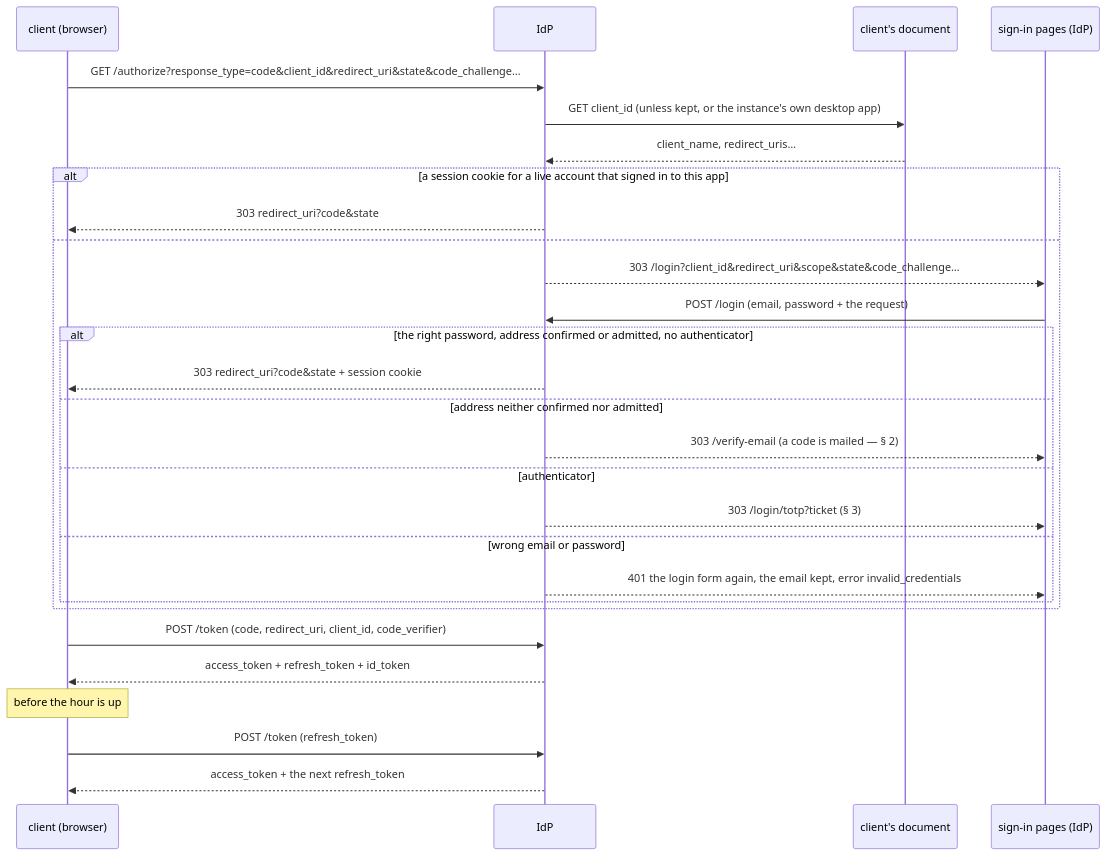
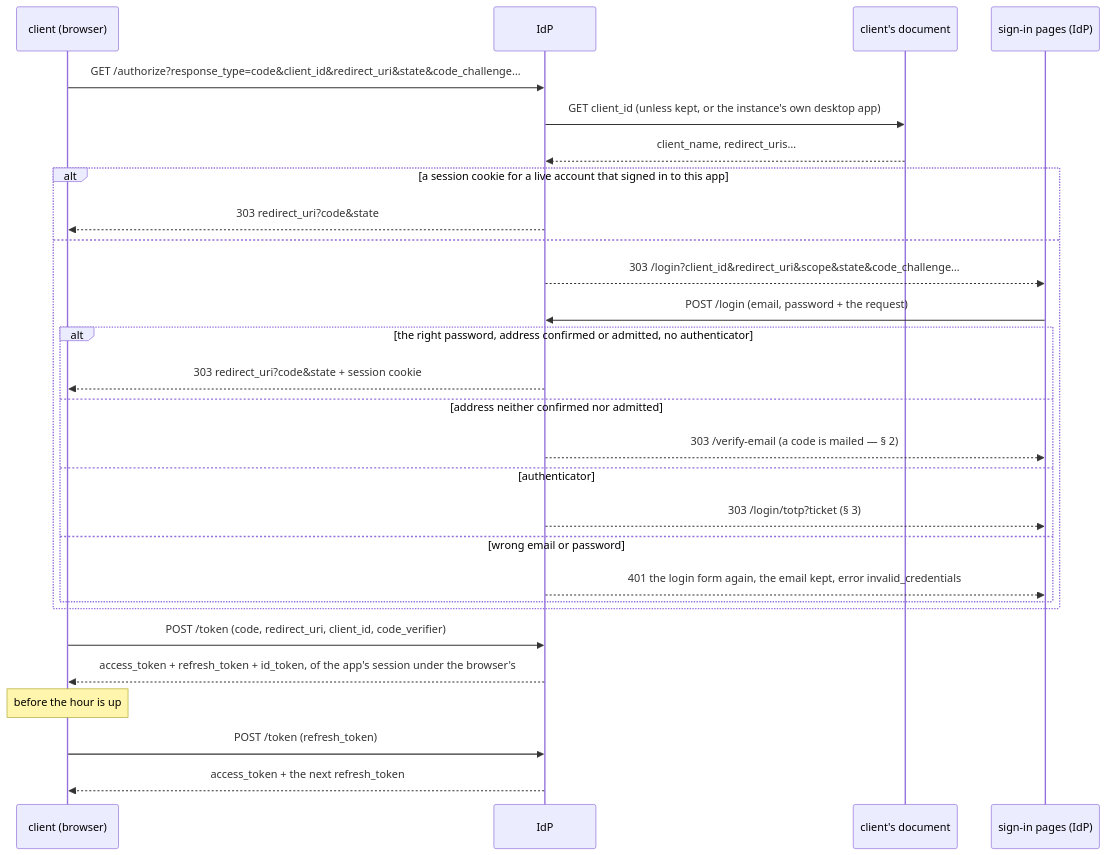
One commit to Pina-i/pinai changed the first of 16 diagrams in identity-provider/specs/auth.md. Above: the diagram before and after it, drawn with Mermaid. The commit also changed other lines of this file and 134 other files, not shown here.

````diff
--- a/identity-provider/specs/auth.md
+++ b/identity-provider/specs/auth.md
@@ -11,31 +11,31 @@
 ```mermaid
 sequenceDiagram
     participant C as client (browser)
     participant I as IdP
     participant D as client's document
     participant P as sign-in pages (IdP)
 
     C->>I: GET /authorize?response_type=code&client_id&redirect_uri&state&code_challenge…
     I->>D: GET client_id (unless kept, or the instance's own desktop app)
     D-->>I: client_name, redirect_uris…
     alt a session cookie for a live account that signed in to this app
         I-->>C: 303 redirect_uri?code&state
     else
         I-->>P: 303 /login?client_id&redirect_uri&scope&state&code_challenge…
         P->>I: POST /login (email, password + the request)
         alt the right password, address confirmed or admitted, no authenticator
             I-->>C: 303 redirect_uri?code&state + session cookie
         else address neither confirmed nor admitted
             I-->>P: 303 /verify-email (a code is mailed — § 2)
         else authenticator
             I-->>P: 303 /login/totp?ticket (§ 3)
         else wrong email or password
             I-->>P: 401 the login form again, the email kept, error invalid_credentials
         end
     end
     C->>I: POST /token (code, redirect_uri, client_id, code_verifier)
-    I-->>C: access_token + refresh_token + id_token
+    I-->>C: access_token + refresh_token + id_token, of the app's session under the browser's
     Note over C: before the hour is up
     C->>I: POST /token (refresh_token)
     I-->>C: access_token + the next refresh_token
 ```
````
